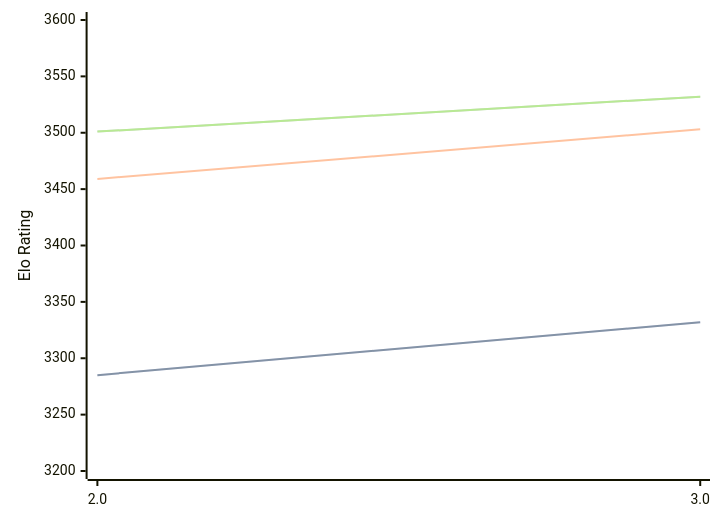
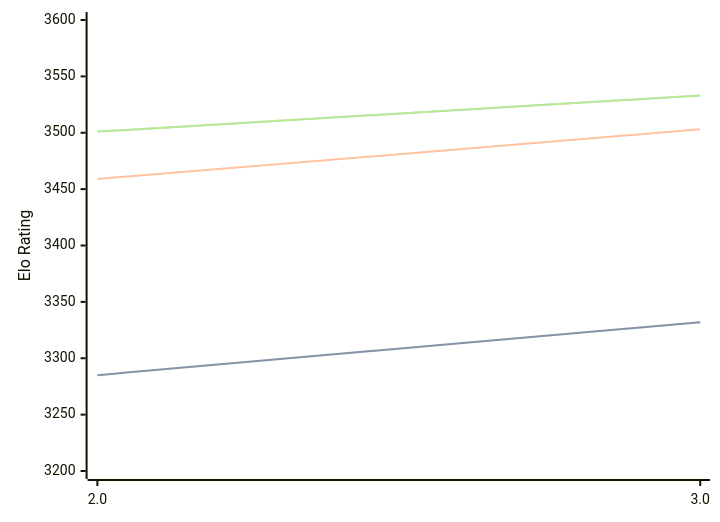
The first of 3 diagrams in engines/Quanticade.md (computer-chess-index/cci), drawn with Mermaid before and after one commit. The commit also changed other lines of this file, not shown here.

Commit message:
Update CCI Ratings (ELO VLTC) - 2026-07-07

````diff
--- a/engines/Quanticade.md
+++ b/engines/Quanticade.md
@@ -41,11 +41,11 @@
 ```mermaid
 %%{init: {"theme":"base","themeVariables":{"seriesColors:['#a3a3a3','#222221','#faa371']}}}%%
 xychart-beta
   x-axis ["2.0", "3.0"]
   y-axis "Elo Rating" 3200 --> 3600
   line "STC (8.0+0.08s)" [3285, 3332]
   line "STC (8.0+0.08s)" [3285, 3332]
   line "LTC (60.0+0.60s)" [3459, 3503]
-  line "VLTC (2m24s+1.12s)" [3501, 3532]
-  line "VLTC (2m24s+1.12s)" [3501, 3532]
+  line "VLTC (2m24s+1.12s)" [3501, 3533]
+  line "VLTC (2m24s+1.12s)" [3501, 3533]
 ```
````
